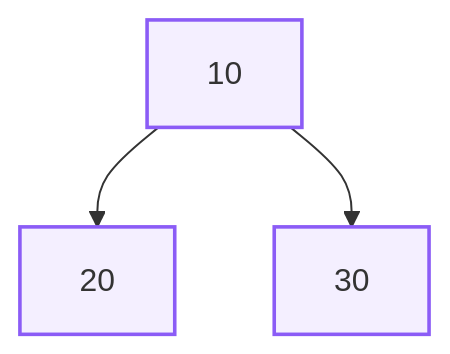
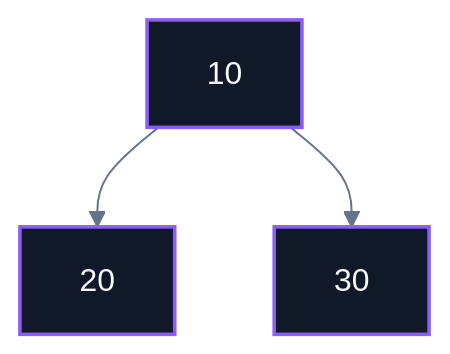
Before and after one commit to abhinavbharti2345/CS_Notes: the second of 8 diagrams in CS/DSA/07. Trees & BSTs/01. Binary Tree Fundamentals.md, drawn with Mermaid. The commit also changed other lines of this file and 195 other files, not shown here.

````diff
--- a/CS/DSA/07. Trees & BSTs/01. Binary Tree Fundamentals.md
+++ b/CS/DSA/07. Trees & BSTs/01. Binary Tree Fundamentals.md
@@ -75,12 +76,13 @@
 ```mermaid
+%%{init: {'theme': 'base', 'themeVariables': { 'darkMode': true, 'background': '#0B0F14', 'mainBkg': '#111827', 'primaryColor': '#111827', 'primaryTextColor': '#F8FAFC', 'primaryBorderColor': '#38BDF8', 'lineColor': '#64748B', 'secondaryColor': '#0B0F14', 'tertiaryColor': '#0B0F14', 'clusterBkg': '#0B0F14', 'clusterBorder': '#38BDF8' }}}%%
 flowchart TD
     N10["10"]
     N20["20"]
     N30["30"]
 
     N10 --> N20
     N10 --> N30
 
-    classDef nodeStyle fill:#8b5cf618,stroke:#8b5cf6,stroke-width:1.8px;
+    classDef nodeStyle fill:#111827,stroke:#8b5cf6,stroke-width:1.8px,color:#F8FAFC;
     class N10,N20,N30 nodeStyle;
 ```
````
